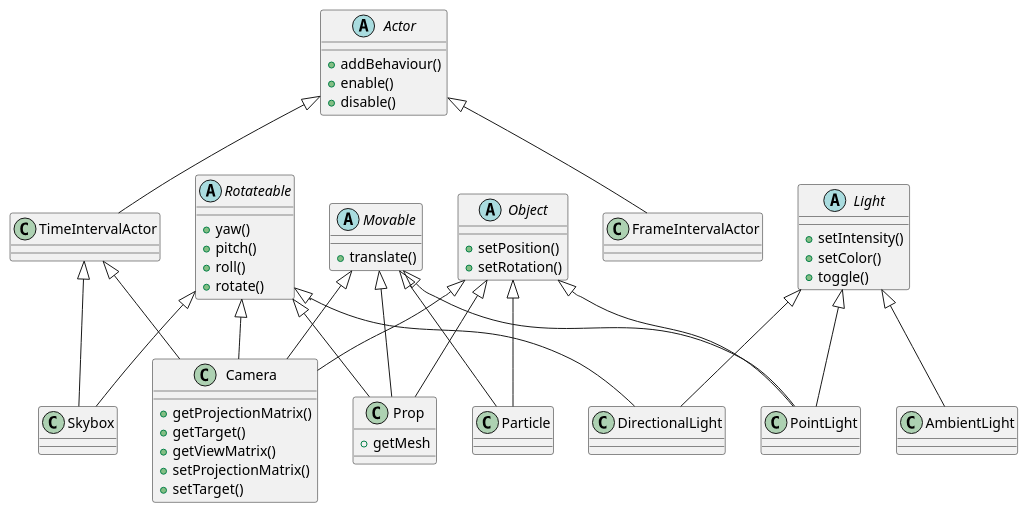
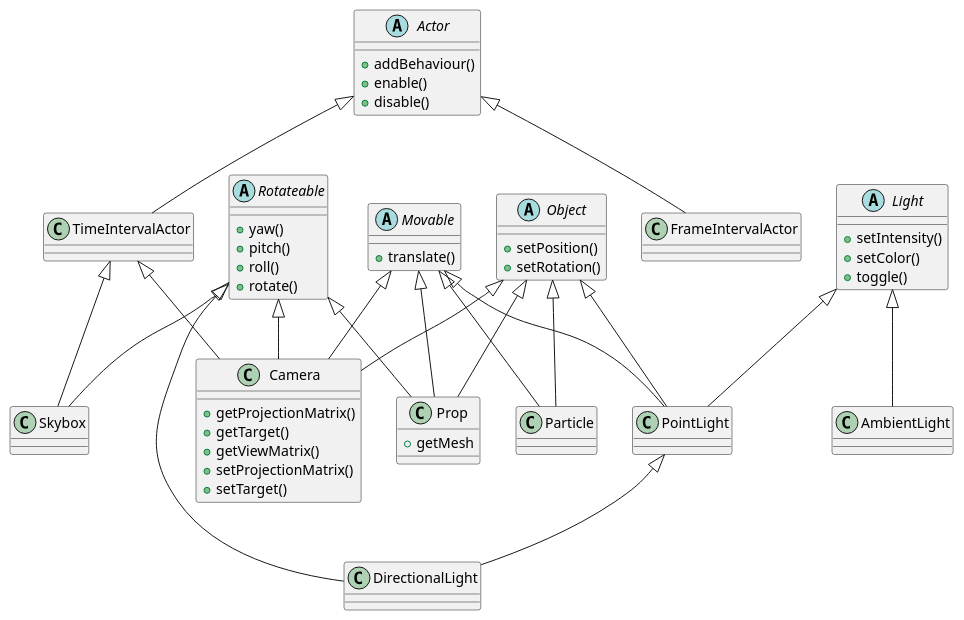
The diagram in documentation/pictures/SceneryObjectHierarchy/SceneryObjectHierarchy.pu (J0llyver/JollyEngine), drawn with PlantUML before and after one commit. The commit also changed 1 other file, not shown here.

Commit message:
Update DirectionalLight documentation

```diff
--- a/documentation/pictures/SceneryObjectHierarchy/SceneryObjectHierarchy.pu
+++ b/documentation/pictures/SceneryObjectHierarchy/SceneryObjectHierarchy.pu
@@ -1,84 +1,84 @@
 @startuml
 ' Abstract Classes
 abstract Rotateable {
   +yaw()
   +pitch()
   +roll()
   +rotate()
 }
 
 abstract Movable {
   +translate()
 }
 
 abstract Object {
   +setPosition()
   +setRotation()
 }
 
 abstract Light {
   +setIntensity()
   +setColor()
   +toggle()
 }
 
 abstract Actor {
   +addBehaviour() 
   +enable()
   +disable()
 }
 
 ' Normal Classes
 class Prop {
 +getMesh
 }
 Movable <|-- Prop
 Object <|-- Prop
 Rotateable <|-- Prop
 
 class Skybox {
 }
 Rotateable <|-- Skybox
 TimeIntervalActor <|-- Skybox
 
 class Particle {
 }
 Object <|-- Particle
 Movable <|-- Particle
 
 class TimeIntervalActor {
 }
 Actor <|-- TimeIntervalActor
 
 class FrameIntervalActor {
 }
 Actor <|-- FrameIntervalActor
 
 class Camera {
   +getProjectionMatrix()
   +getTarget()
   +getViewMatrix()
   +setProjectionMatrix()
   +setTarget()
 }
 Movable <|-- Camera
 Object <|-- Camera
 Rotateable <|-- Camera
 TimeIntervalActor <|-- Camera
 
 class AmbientLight {
 }
 Light <|-- AmbientLight
 
-class DirectionalLight {
-}
-Light <|-- DirectionalLight
-Rotateable <|-- DirectionalLight
-
 class PointLight {
 }
 Light <|-- PointLight
 Object <|-- PointLight
 Movable <|-- PointLight
 
+class DirectionalLight {
+}
+PointLight <|-- DirectionalLight
+Rotateable <|-- DirectionalLight
+
 @enduml
```
